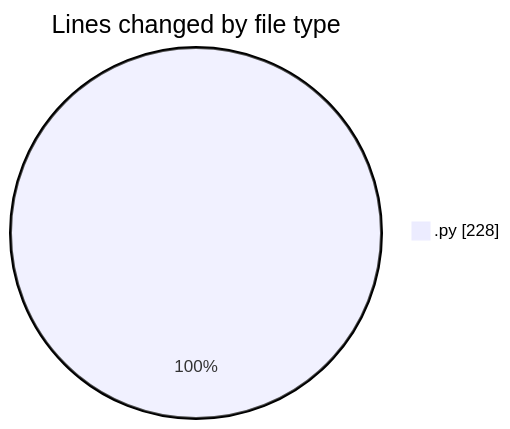
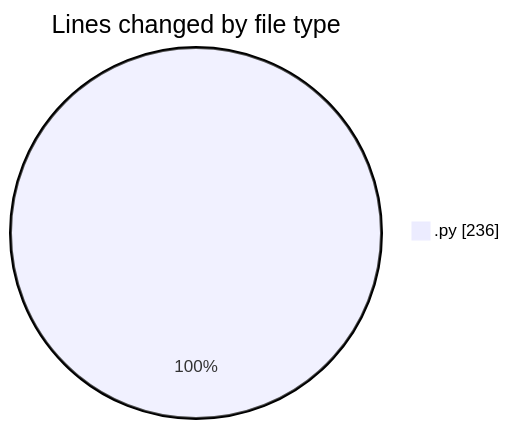
Before and after one commit to EIIisD/code-tracking: the first of 2 diagrams in 2025-08-03/tts/README.md, drawn with Mermaid. The commit also changed other lines of this file and 1 other file, not shown here.

````diff
--- a/2025-08-03/tts/README.md
+++ b/2025-08-03/tts/README.md
@@ -21,5 +21,5 @@
 ```mermaid
 pie showData
 title Lines changed by file type
-".py" : 228
+".py" : 236
 ```
````
